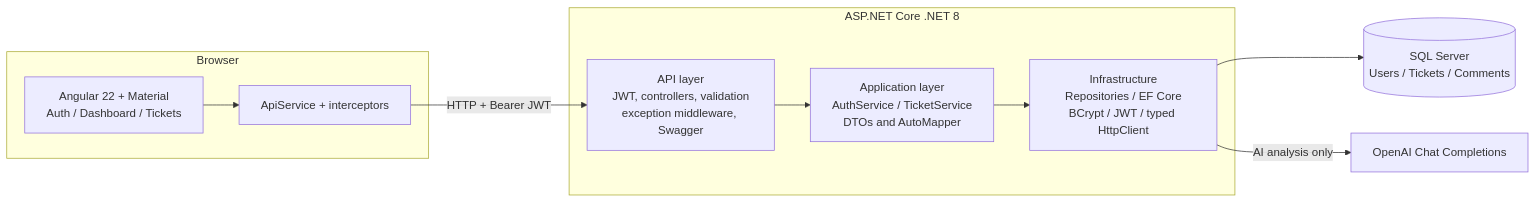
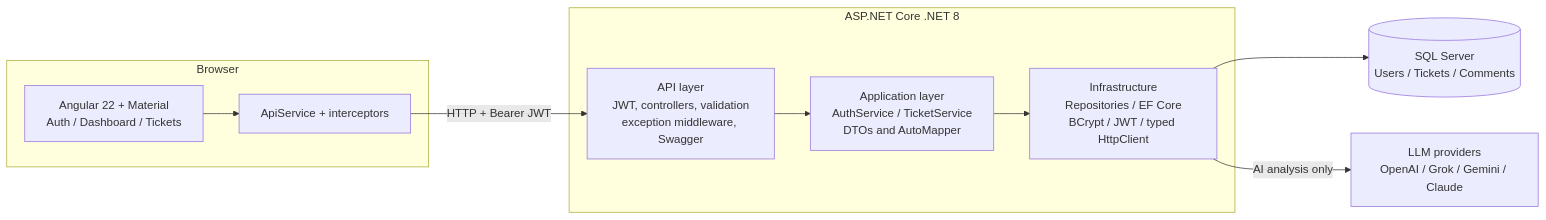
One commit to wldbaig/HelpDesk-AI changed the seventh of 12 diagrams in README.md. Above: the diagram before and after it, drawn with Mermaid. The commit also changed other lines of this file and 15 other files, not shown here.

Commit message:
feature/multiple_llm_interactions_add_multi_provider_ai_analysis_with_comments_and_fixes

````diff
--- a/README.md
+++ b/README.md
@@ -210,17 +210,17 @@
 ```mermaid
 flowchart LR
     subgraph Browser["Browser"]
         Screens["Angular 22 + Material<br/>Auth / Dashboard / Tickets"]
         Client["ApiService + interceptors"]
         Screens --> Client
     end
     subgraph Backend["ASP.NET Core .NET 8"]
         API["API layer<br/>JWT, controllers, validation<br/>exception middleware, Swagger"]
         App["Application layer<br/>AuthService / TicketService<br/>DTOs and AutoMapper"]
         Infra["Infrastructure<br/>Repositories / EF Core<br/>BCrypt / JWT / typed HttpClient"]
         API --> App --> Infra
     end
     Client -->|"HTTP + Bearer JWT"| API
     Infra --> SqlServer[("SQL Server<br/>Users / Tickets / Comments")]
-    Infra -->|"AI analysis only"| OpenAI["OpenAI Chat Completions"]
+    Infra -->|"AI analysis only"| LLM["LLM providers<br/>OpenAI / Grok / Gemini / Claude"]
 ```
````
